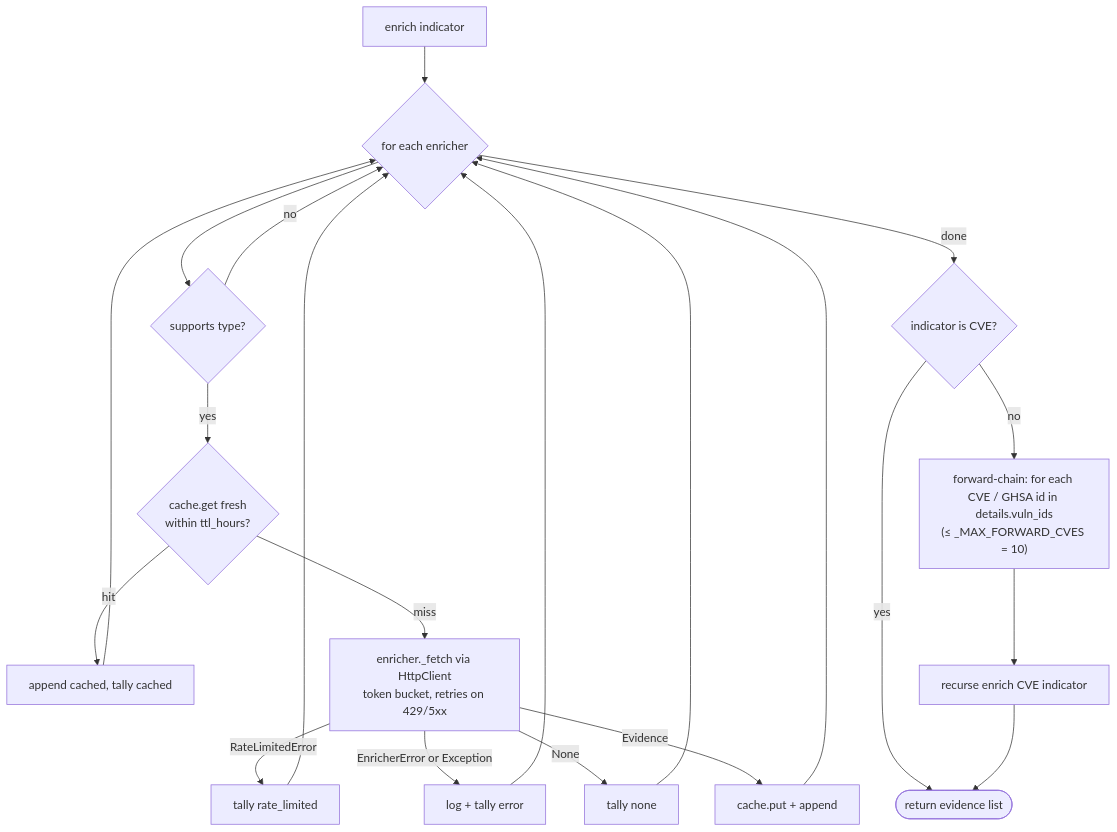
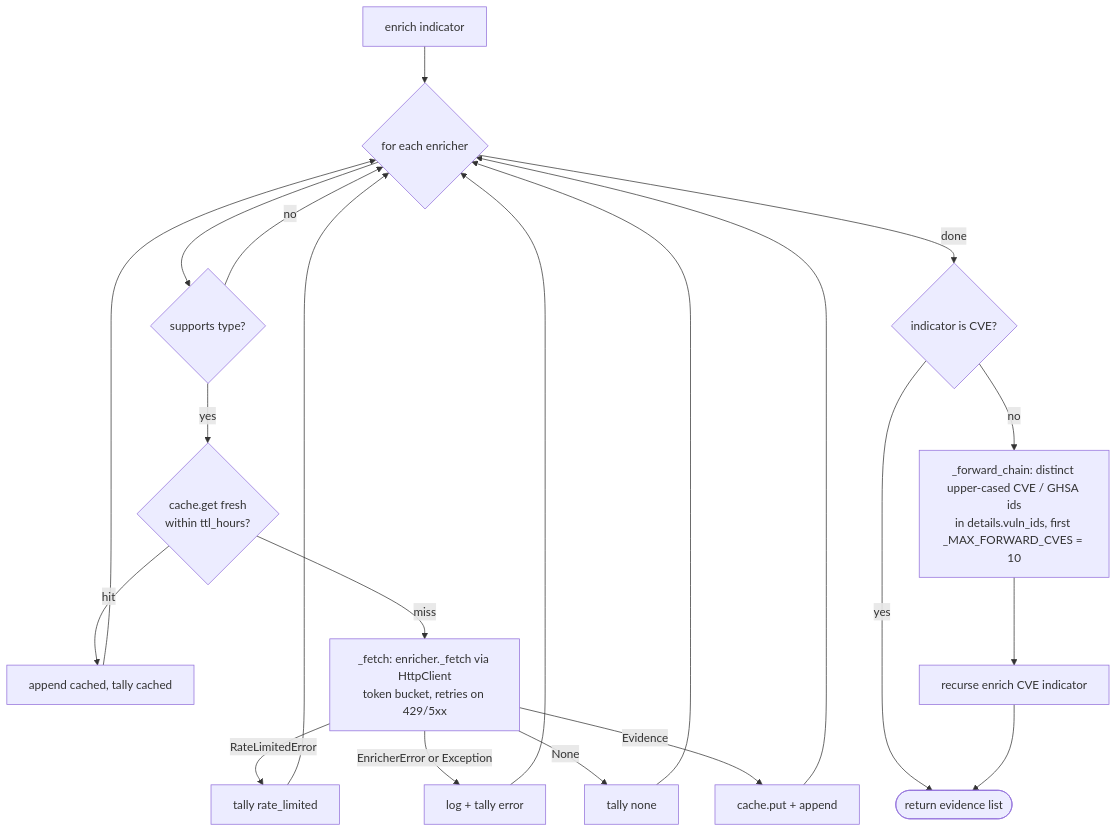
Before and after one commit to iklobato/avai: diagram 18 of 23 in docs/ARCHITECTURE.md, drawn with Mermaid. The commit also changed other lines of this file and 1 other file, not shown here.

````diff
--- a/docs/ARCHITECTURE.md
+++ b/docs/ARCHITECTURE.md
@@ -1152,17 +1156,17 @@
 ```mermaid
 flowchart TD
     A[enrich indicator] --> B{for each enricher}
     B --> C{supports type?}
     C -->|no| B
     C -->|yes| D{cache.get fresh<br/>within ttl_hours?}
     D -->|hit| E[append cached, tally cached] --> B
-    D -->|miss| F[enricher._fetch via HttpClient<br/>token bucket, retries on 429/5xx]
+    D -->|miss| F[_fetch: enricher._fetch via HttpClient<br/>token bucket, retries on 429/5xx]
     F -->|RateLimitedError| G[tally rate_limited] --> B
     F -->|EnricherError or Exception| H[log + tally error] --> B
     F -->|None| I[tally none] --> B
     F -->|Evidence| J[cache.put + append] --> B
     B -->|done| K{indicator is CVE?}
     K -->|yes| Z([return evidence list])
-    K -->|no| L["forward-chain: for each CVE / GHSA id in details.vuln_ids<br/>(≤ _MAX_FORWARD_CVES = 10)"]
+    K -->|no| L["_forward_chain: distinct upper-cased CVE / GHSA ids<br/>in details.vuln_ids, first _MAX_FORWARD_CVES = 10"]
     L --> M[recurse enrich CVE indicator] --> Z
 ```
````
